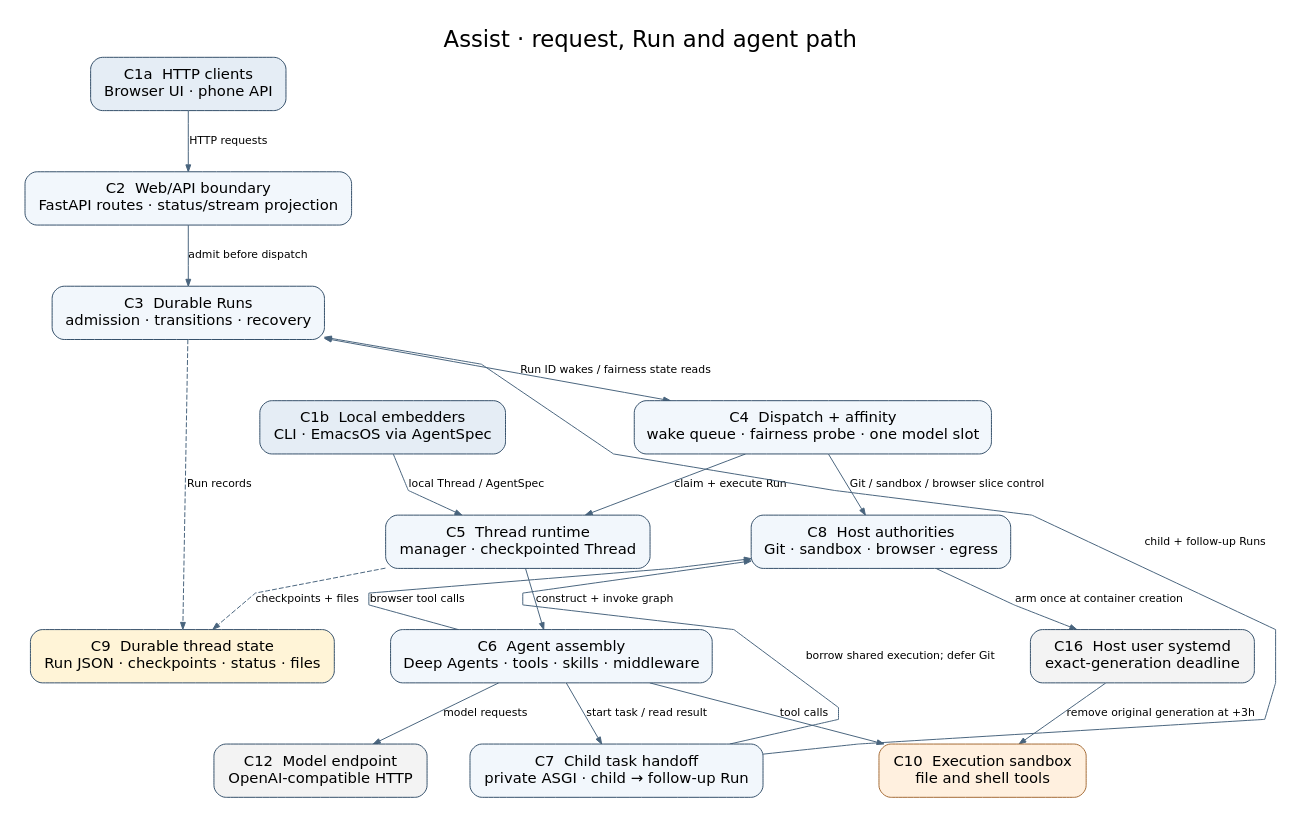
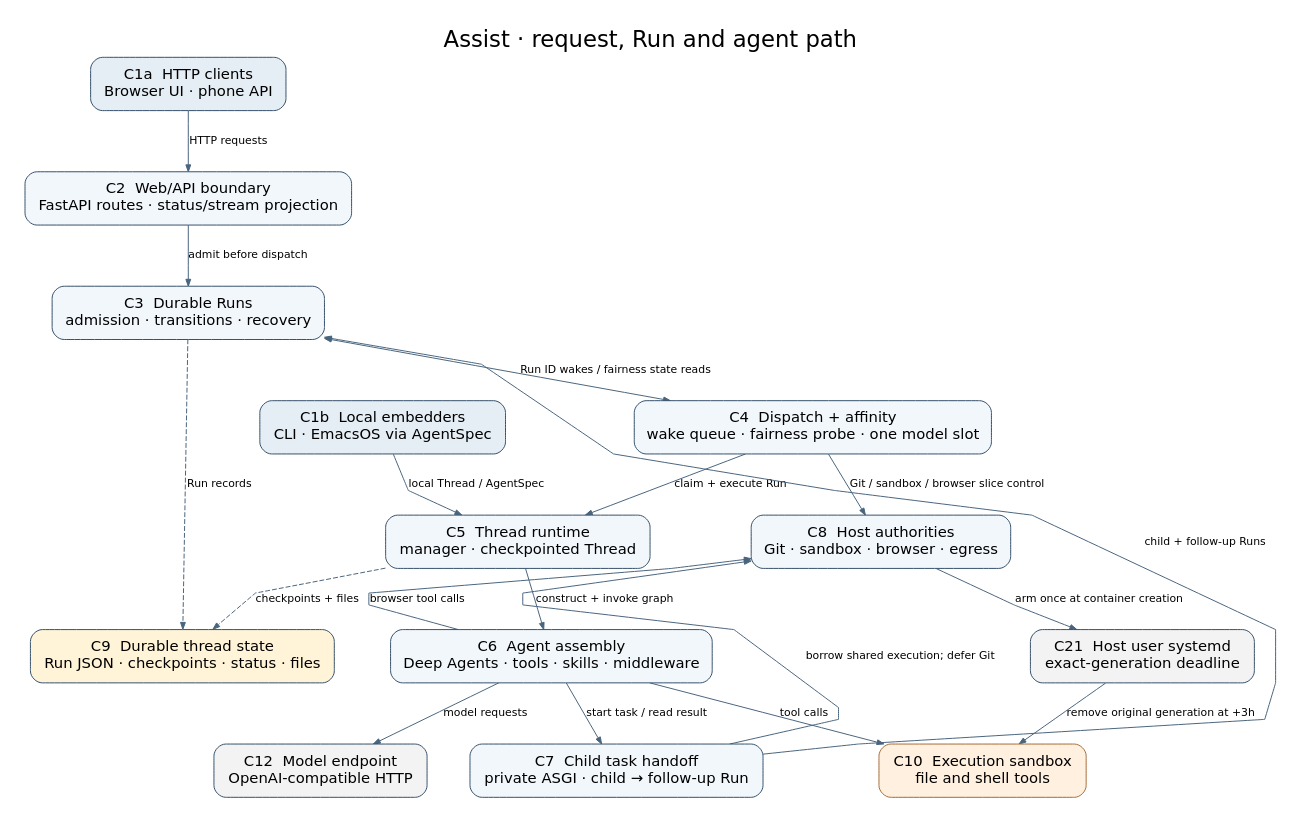
Before and after one commit to pierrel/assist: the diagram in docs/architecture.dot, drawn with Graphviz. The commit also changed 4 other files, not shown here.

Commit message:
Give host expiry a distinct architecture identity

```diff
--- a/docs/architecture.dot
+++ b/docs/architecture.dot
@@ -1,48 +1,48 @@
 digraph Assist {
   graph [label="Assist · request, Run and agent path", labelloc=t,
          fontname="DejaVu Sans", fontsize=23, bgcolor="white",
          rankdir=TB, pad=0.25, nodesep=0.6, ranksep=0.68,
          splines=polyline, outputorder=edgesfirst];
   node [shape=box, style="rounded,filled", color="#34506a",
         fillcolor="#f2f7fc", fontname="DejaVu Sans", fontsize=15,
         margin="0.19,0.14"];
   edge [fontname="DejaVu Sans", fontsize=11, color="#49647d",
         arrowsize=0.7];
 
   C1a [label="C1a  HTTP clients\nBrowser UI · phone API",
        fillcolor="#e5edf5"];
   C1b [label="C1b  Local embedders\nCLI · EmacsOS via AgentSpec",
        fillcolor="#e5edf5"];
   C2 [label="C2  Web/API boundary\nFastAPI routes · status/stream projection"];
   C3 [label="C3  Durable Runs\nadmission · transitions · recovery"];
   C4 [label="C4  Dispatch + affinity\nwake queue · fairness probe · one model slot"];
   C5 [label="C5  Thread runtime\nmanager · checkpointed Thread"];
   C6 [label="C6  Agent assembly\nDeep Agents · tools · skills · middleware"];
   C7 [label="C7  Child task handoff\nprivate ASGI · child → follow-up Run"];
   C8 [label="C8  Host authorities\nGit · sandbox · browser · egress"];
   C9 [label="C9  Durable thread state\nRun JSON · checkpoints · status · files",
       fillcolor="#fff4d7"];
   C10 [label="C10  Execution sandbox\nfile and shell tools", fillcolor="#fff0df",
        color="#a46b36"];
   C12 [label="C12  Model endpoint\nOpenAI-compatible HTTP",
        fillcolor="#f3f3f3"];
-  C16 [label="C16  Host user systemd\nexact-generation deadline", fillcolor="#f3f3f3"];
+  C21 [label="C21  Host user systemd\nexact-generation deadline", fillcolor="#f3f3f3"];
 
   C1a -> C2 [label="HTTP requests"];
   C2 -> C3 [label="admit before dispatch"];
   C3 -> C4 [label="Run ID wakes / fairness state reads", dir=both];
   C4 -> C5 [label="claim + execute Run"];
   C1b -> C5 [label="local Thread / AgentSpec"];
   C5 -> C6 [label="construct + invoke graph"];
   C6 -> C7 [label="start task / read result"];
   C7 -> C3 [label="child + follow-up Runs", constraint=false];
   C7 -> C8 [label="borrow shared execution; defer Git", constraint=false];
   C4 -> C8 [label="Git / sandbox / browser slice control"];
-  C8 -> C16 [label="arm once at container creation"];
-  C16 -> C10 [label="remove original generation at +3h"];
+  C8 -> C21 [label="arm once at container creation"];
+  C21 -> C10 [label="remove original generation at +3h"];
   C6 -> C8 [label="browser tool calls", constraint=false];
   C3 -> C9 [label="Run records", style=dashed];
   C5 -> C9 [label="checkpoints + files", style=dashed];
   C6 -> C10 [label="tool calls"];
   C6 -> C12 [label="model requests"];
 }
```
